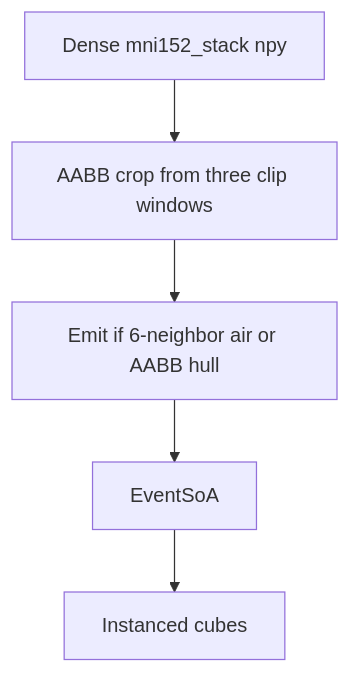
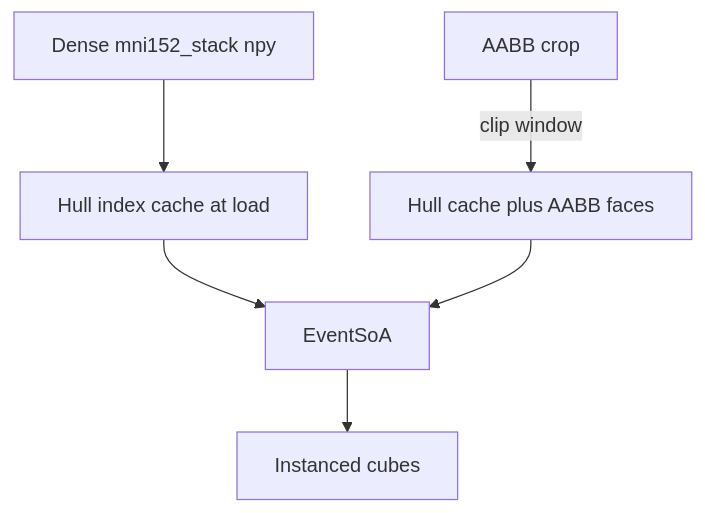
Diagram 26 of 29 in architecture.md (PiMaV/DONNER), drawn with Mermaid before and after one commit. The commit also changed other lines of this file and 33 other files, not shown here.

First line of the commit message:
Ship MNI/Ignition, XR-C-0, and Inspect hull SoA on main so dense cubes stay interactive.

````diff
--- a/architecture.md
+++ b/architecture.md
@@ -839,9 +936,11 @@
 ```mermaid
 flowchart TB
   dense[Dense mni152_stack npy]
-  aabb[AABB crop from three clip windows]
-  cull[Emit if 6-neighbor air or AABB hull]
+  hull[Hull index cache at load]
+  aabb[AABB crop]
   soa[EventSoA]
   cubes[Instanced cubes]
-  dense --> aabb --> cull --> soa --> cubes
+  dense --> hull --> soa --> cubes
+  aabb -->|clip window| faces[Hull cache plus AABB faces]
+  faces --> soa
 ```
````
